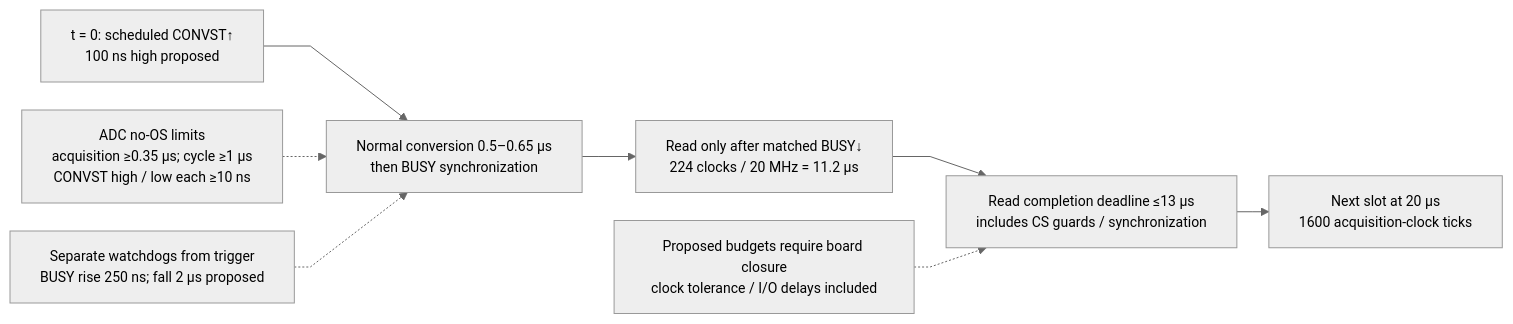
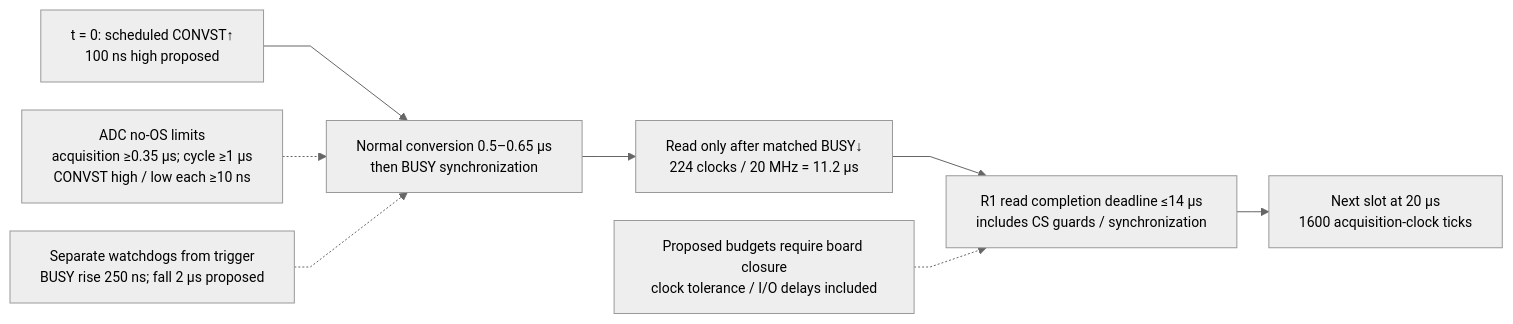
One commit to baolgn/DRG-pain-project changed the ninth of 27 diagrams in microcontroller/acquisition/README.md. Above: the diagram before and after it, drawn with Mermaid. The commit also changed other lines of this file and 19 other files, not shown here.

````diff
--- a/microcontroller/acquisition/README.md
+++ b/microcontroller/acquisition/README.md
@@ -216,11 +221,11 @@
 ```mermaid
 %%{init: {"theme":"neutral","themeVariables":{"fontFamily":"Arial,sans-serif","fontSize":"14px"},"flowchart":{"htmlLabels":true,"minNodeWidth":0,"wrappingWidth":240,"nodeSpacing":28,"rankSpacing":32,"curve":"linear"}}}%%
 flowchart LR
     T0["t = 0: scheduled CONVST↑<br/>100 ns high proposed"] --> BUSY["Normal conversion 0.5–0.65 µs<br/>then BUSY synchronization"]
     BUSY --> READ["Read only after matched BUSY↓<br/>224 clocks / 20 MHz = 11.2 µs"]
-    READ --> DONE["Read completion deadline ≤13 µs<br/>includes CS guards / synchronization"]
+    READ --> DONE["R1 read completion deadline ≤14 µs<br/>includes CS guards / synchronization"]
     DONE --> NEXT["Next slot at 20 µs<br/>1600 acquisition-clock ticks"]
     LIMIT["ADC no-OS limits<br/>acquisition ≥0.35 µs; cycle ≥1 µs<br/>CONVST high / low each ≥10 ns"] -.-> BUSY
     WATCH["Separate watchdogs from trigger<br/>BUSY rise 250 ns; fall 2 µs proposed"] -.-> BUSY
     GATE["Proposed budgets require board closure<br/>clock tolerance / I/O delays included"] -.-> DONE
 ```
````
